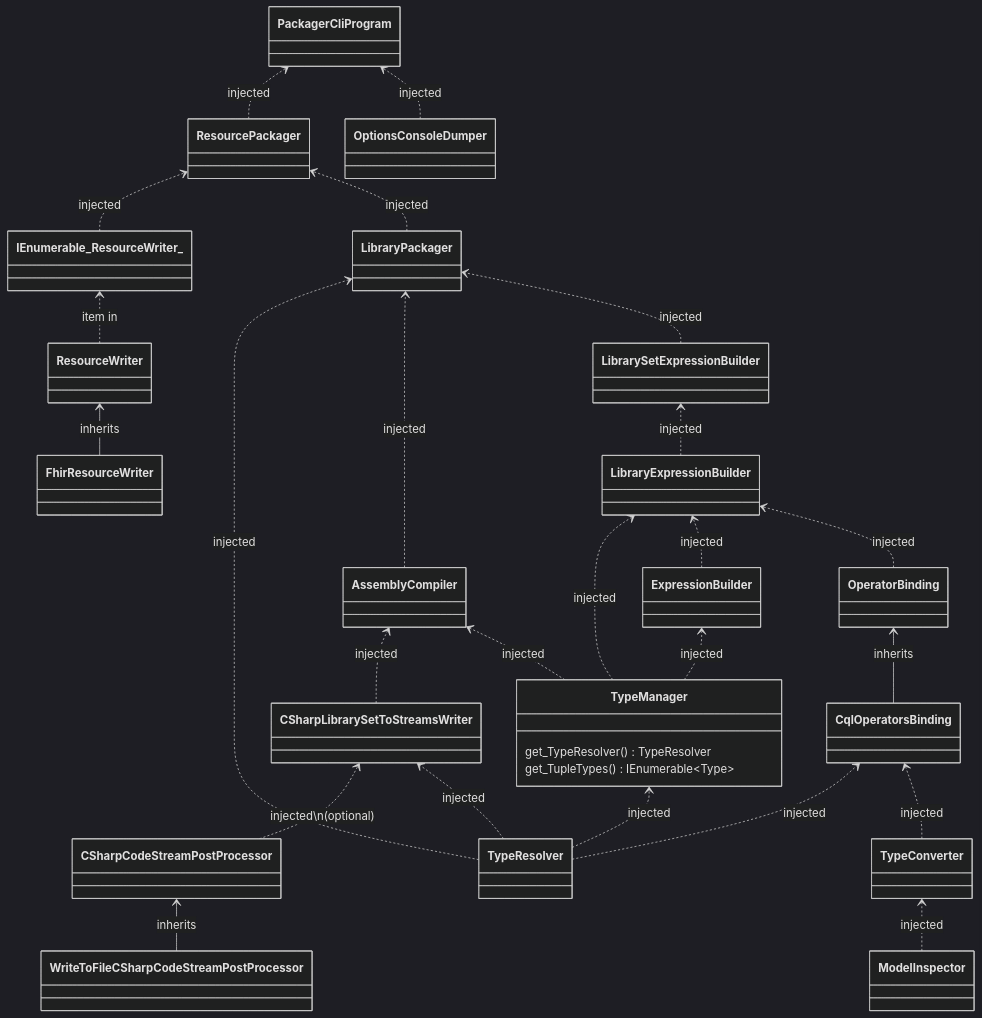
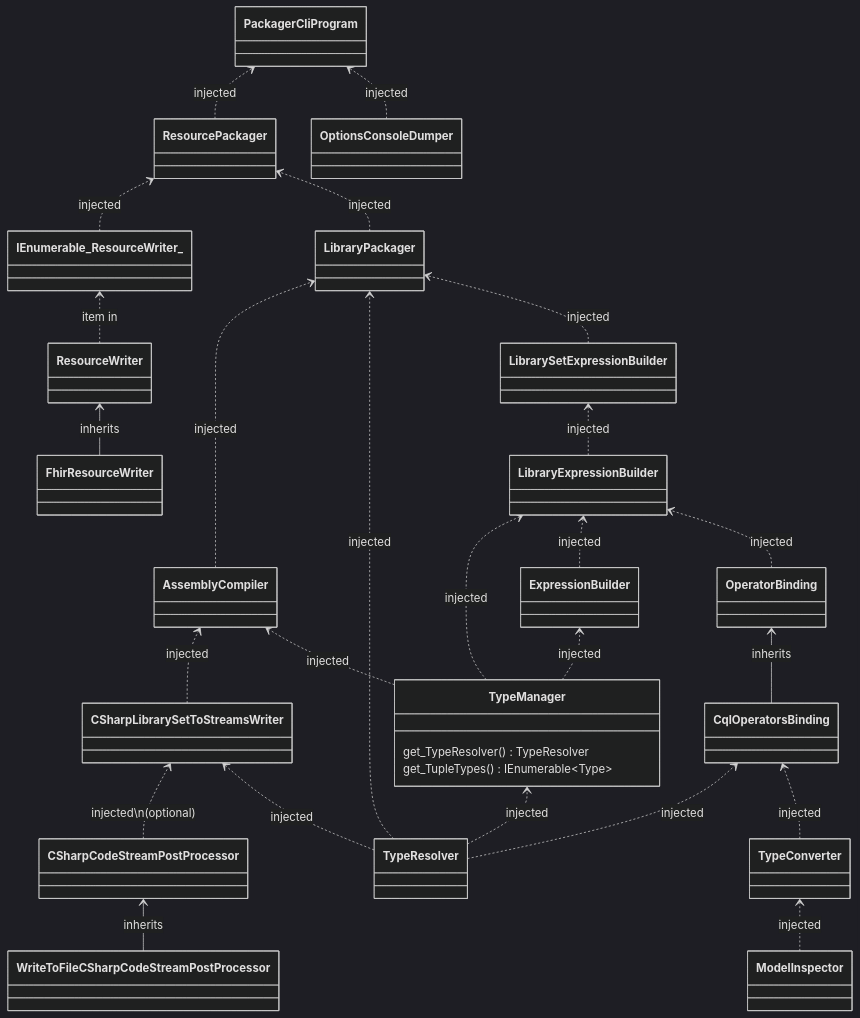
The first of 2 diagrams in docs/packager-cli-dependency-graph.md (FirelyTeam/firely-cql-sdk), drawn with Mermaid (dark theme) before and after one commit. The commit also changed other lines of this file, not shown here.

Commit message:
Update diagram

````diff
--- a/docs/packager-cli-dependency-graph.md
+++ b/docs/packager-cli-dependency-graph.md
@@ -5,67 +5,67 @@
 ```mermaid
 classDiagram
     direction BT
 
     %% HACK: Mermaid doesnt support commas withing generic, so use a similar looking character (﹐)
 
     class TypeManager {
         get_TypeResolver() TypeResolver
         get_TupleTypes() IEnumerable~Type~
     }
 
     subgraph Generating_CSharp_From_LibrarySet_AndDefinitions
         class CSharpLibrarySetToStreamsWriter {
         }
 
         class CSharpCodeStreamPostProcessor {
         }
 
         class WriteToFileCSharpCodeStreamPostProcessor {
         }
     end
 
 
     %% Inheritance  
     
     CqlOperatorsBinding --> OperatorBinding : inherits
     FhirResourceWriter --> ResourceWriter : inherits
     WriteToFileCSharpCodeStreamPostProcessor --> CSharpCodeStreamPostProcessor : inherits
 
     %% Injected Dependencies
 
     CSharpLibrarySetToStreamsWriter ..> AssemblyCompiler : injected
     TypeManager ..> AssemblyCompiler : injected
 
     TypeManager ..> ExpressionBuilder : injected
 
     ResourcePackager ..> PackagerCliProgram : injected 
     OptionsConsoleDumper ..> PackagerCliProgram : injected 
     
        
     TypeResolver ..> CqlOperatorsBinding : injected
     TypeConverter ..> CqlOperatorsBinding : injected
 
     ModelInspector ..> TypeConverter : injected  
 
     TypeResolver ..> TypeManager : injected
 
+    AssemblyCompiler ..> LibraryPackager : injected
     TypeResolver ..> LibraryPackager : injected
-    AssemblyCompiler ..> LibraryPackager : injected
     LibrarySetExpressionBuilder ..> LibraryPackager : injected
     
     CSharpCodeStreamPostProcessor ..> CSharpLibrarySetToStreamsWriter : injected\n(optional)
     TypeResolver ..> CSharpLibrarySetToStreamsWriter : injected
 
     TypeManager ..> LibraryExpressionBuilder : injected
     ExpressionBuilder ..> LibraryExpressionBuilder : injected
     OperatorBinding ..> LibraryExpressionBuilder : injected
 
     LibraryExpressionBuilder ..> LibrarySetExpressionBuilder : injected
 
     IEnumerable_ResourceWriter_ ..> ResourcePackager : injected 
     LibraryPackager ..> ResourcePackager : injected
 
     %% Rest
     ResourceWriter ..> IEnumerable_ResourceWriter_ : item in
 
 ```
````
